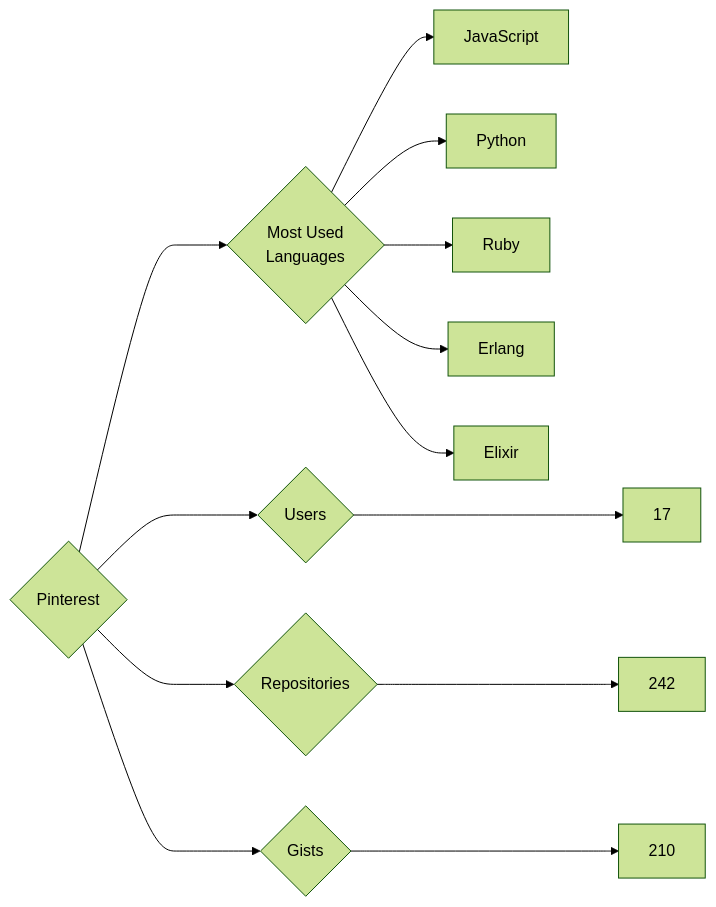
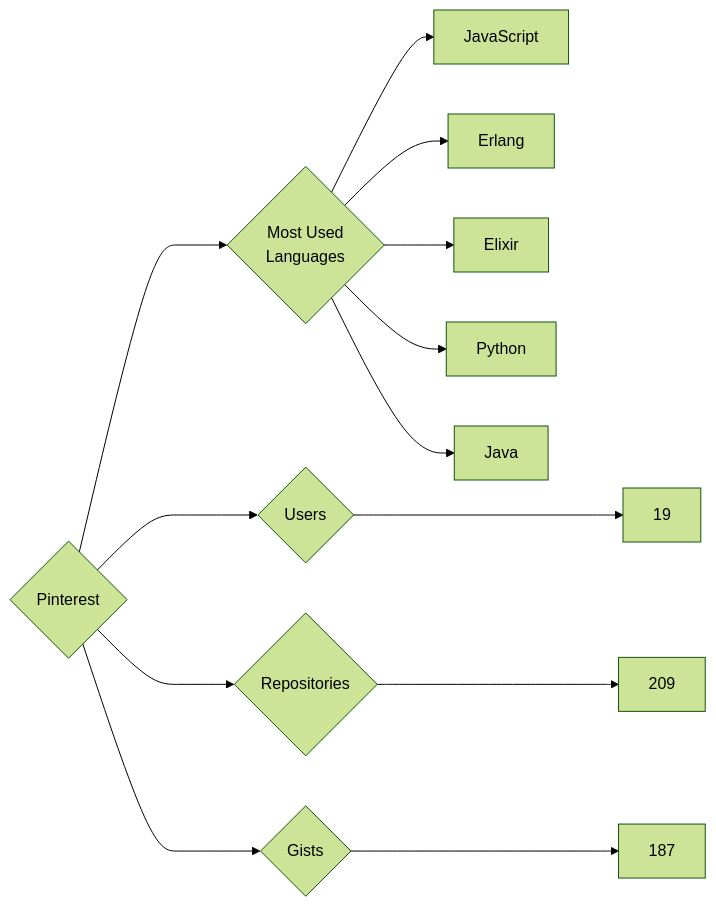
Before and after one commit to trickest/insiders: the diagram in targets/Pinterest/README.md, drawn with Mermaid (forest theme). The commit also changed 903 other files, not shown here.

````diff
--- a/targets/Pinterest/README.md
+++ b/targets/Pinterest/README.md
@@ -3,13 +3,13 @@
 ```mermaid
 graph LR
 COMPANY_NAME{Pinterest}
-COMPANY_NAME ---> U{Users} ---> UN[17]
-COMPANY_NAME ---> R{Repositories} ---> RN[242]
-COMPANY_NAME ---> G{Gists} ---> GN[210]
+COMPANY_NAME ---> U{Users} ---> UN[19]
+COMPANY_NAME ---> R{Repositories} ---> RN[209]
+COMPANY_NAME ---> G{Gists} ---> GN[187]
 COMPANY_NAME ---> ML{Most Used<br>Languages}
 ML --> JavaScript[JavaScript]
-ML --> Python[Python]
-ML --> Ruby[Ruby]
 ML --> Erlang[Erlang]
 ML --> Elixir[Elixir]
+ML --> Python[Python]
+ML --> Java[Java]
 ```
````
